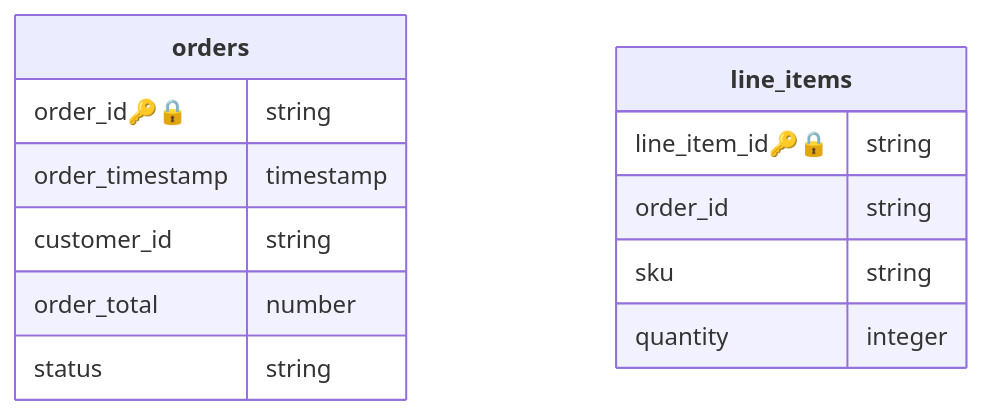
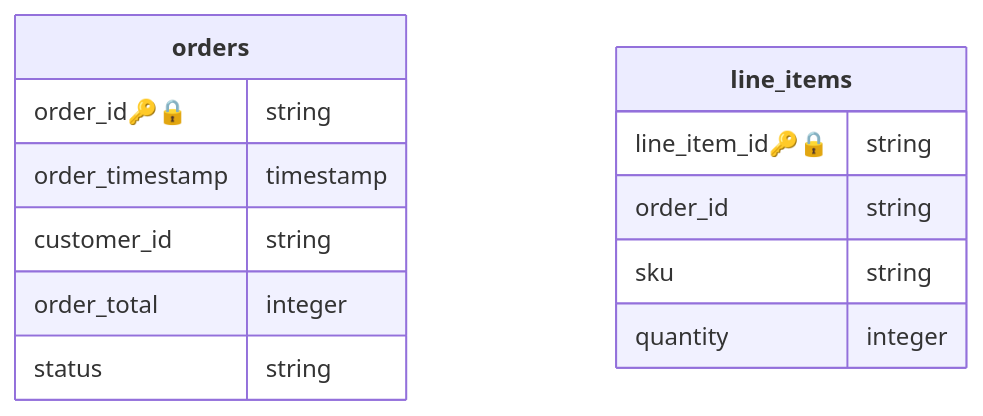
The diagram in docs/docs/exports/mermaid.md (datacontract/datacontract-cli), drawn with Mermaid before and after one commit. The commit also changed 15 other files, not shown here.

Commit message:
docs: type order_total in the orders example as integer

````diff
--- a/docs/docs/exports/mermaid.md
+++ b/docs/docs/exports/mermaid.md
@@ -19,16 +19,16 @@
 ```mermaid
 erDiagram
         "**orders**" {
         order_id🔑🔒 string
         order_timestamp timestamp
         customer_id string
-        order_total number
+        order_total integer
         status string
 }
         "**line_items**" {
         line_item_id🔑🔒 string
         order_id string
         sku string
         quantity integer
 }
 ```
````
